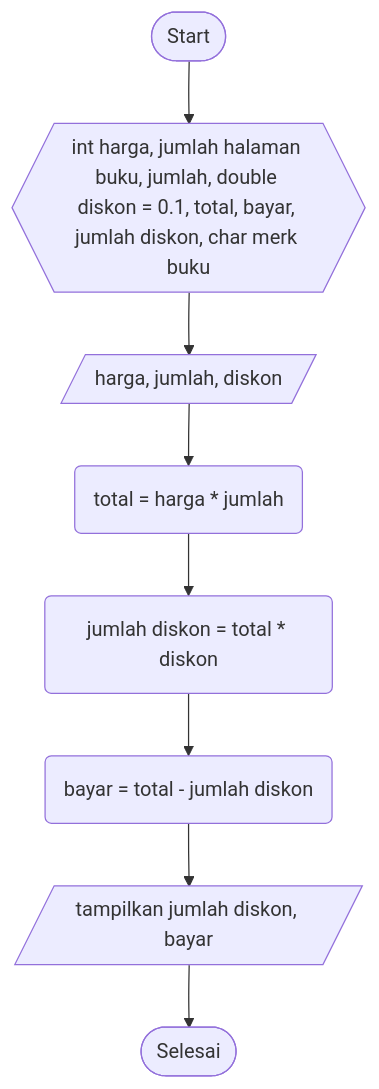
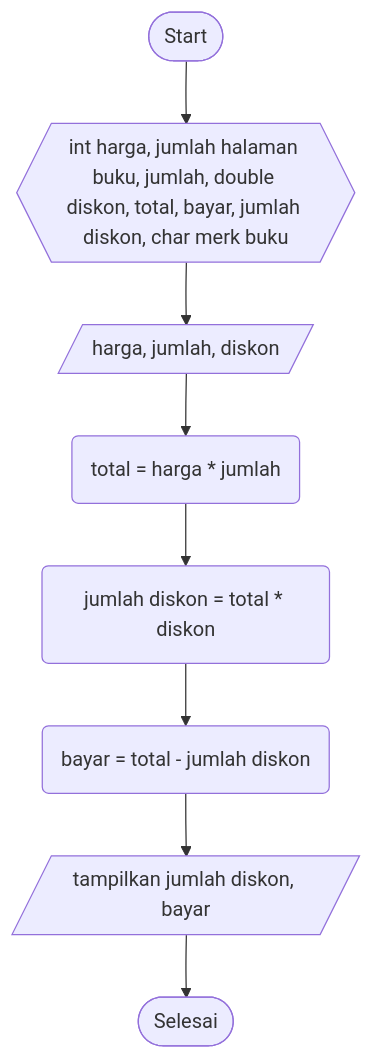
One commit to SATRIODIANNUGROHO/Sample2.1 changed the diagram in justforfun3.md. Above: the diagram before and after it, drawn with Mermaid.

````diff
--- a/justforfun3.md
+++ b/justforfun3.md
@@ -3,10 +3,10 @@
 ```mermaid
 graph TD;
     A([Start])-->B{{int harga, jumlah halaman buku, jumlah, double diskon, total, bayar, jumlah diskon, char merk buku}};
-    B{{int harga, jumlah halaman buku, jumlah, double diskon = 0.1, total, bayar, jumlah diskon, char merk buku}}-->C[/harga, jumlah, diskon/];
+    B{{int harga, jumlah halaman buku, jumlah, double diskon, total, bayar, jumlah diskon, char merk buku}}-->C[/harga, jumlah, diskon/];
     C[/harga, jumlah, diskon/]-->D(total = harga * jumlah);
     D(total = harga * jumlah)-->E(jumlah diskon = total * diskon);
     E(jumlah diskon = total * diskon)-->F(bayar = total - jumlah diskon);
     F(bayar = total - jumlah diskon)-->G[/tampilkan jumlah diskon, bayar/];
     G[/tampilkan jumlah diskon, bayar/]-->H([Selesai]);
 ```
````
